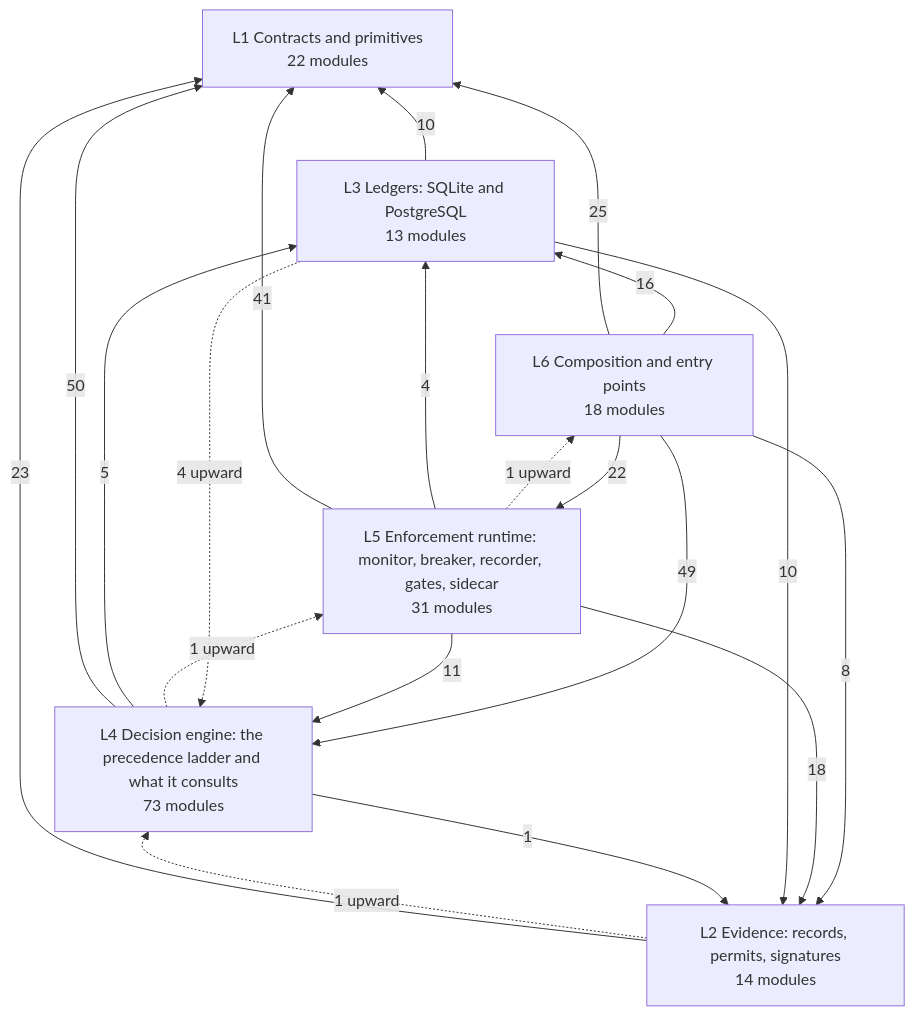
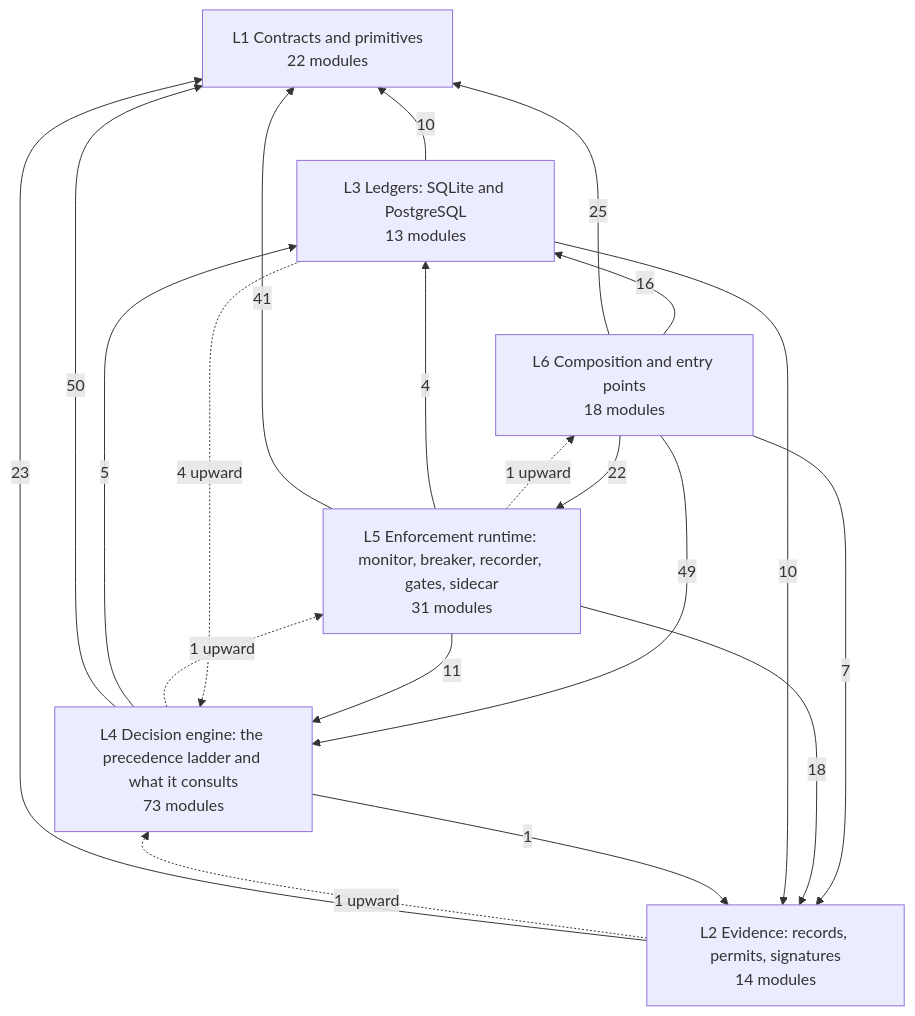
The diagram in docs/architecture/DEPENDENCIES.md (LOLA0786/privatevault-agent-dna), drawn with Mermaid before and after one commit. The commit also changed other lines of this file and 17 other files, not shown here.

````diff
--- a/docs/architecture/DEPENDENCIES.md
+++ b/docs/architecture/DEPENDENCIES.md
@@ -12,28 +12,28 @@
 ```mermaid
 flowchart BT
   L1["L1 Contracts and primitives<br/>22 modules"]
   L2["L2 Evidence: records, permits, signatures<br/>14 modules"]
   L3["L3 Ledgers: SQLite and PostgreSQL<br/>13 modules"]
   L4["L4 Decision engine: the precedence ladder and what it consults<br/>73 modules"]
   L5["L5 Enforcement runtime: monitor, breaker, recorder, gates, sidecar<br/>31 modules"]
   L6["L6 Composition and entry points<br/>18 modules"]
   L2 -->|23| L1
   L3 -->|10| L1
   L3 -->|10| L2
   L4 -->|50| L1
   L4 -->|1| L2
   L4 -->|5| L3
   L5 -->|41| L1
   L5 -->|18| L2
   L5 -->|4| L3
   L5 -->|11| L4
   L6 -->|25| L1
-  L6 -->|8| L2
+  L6 -->|7| L2
   L6 -->|16| L3
   L6 -->|49| L4
   L6 -->|22| L5
   L2 -.->|1 upward| L4
   L3 -.->|4 upward| L4
   L4 -.->|1 upward| L5
   L5 -.->|1 upward| L6
 ```
````
